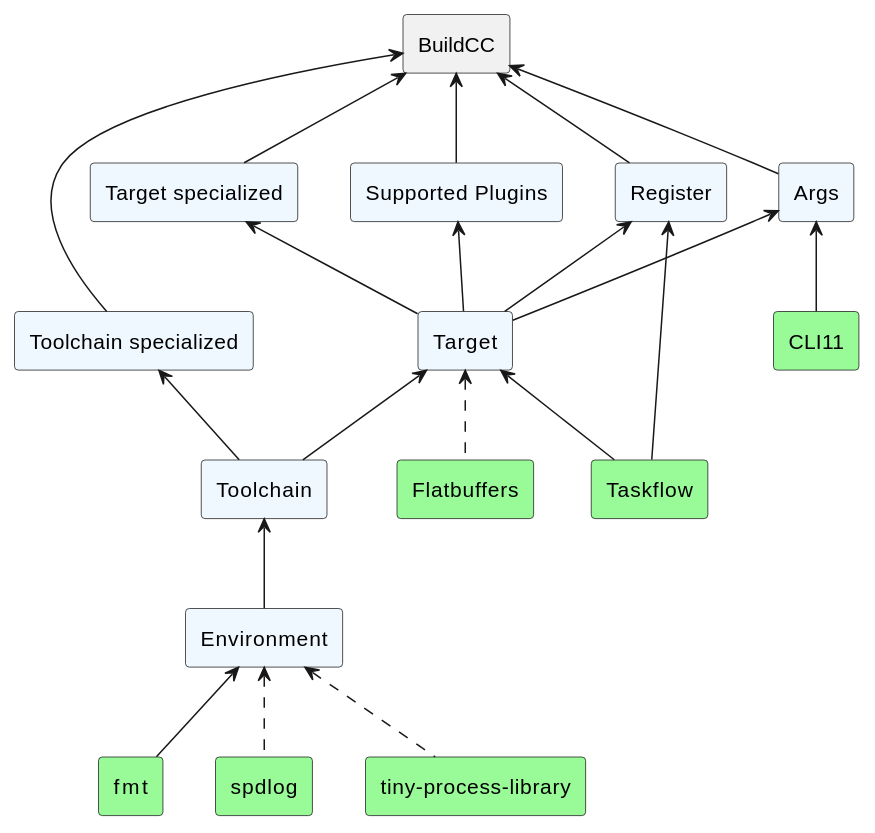
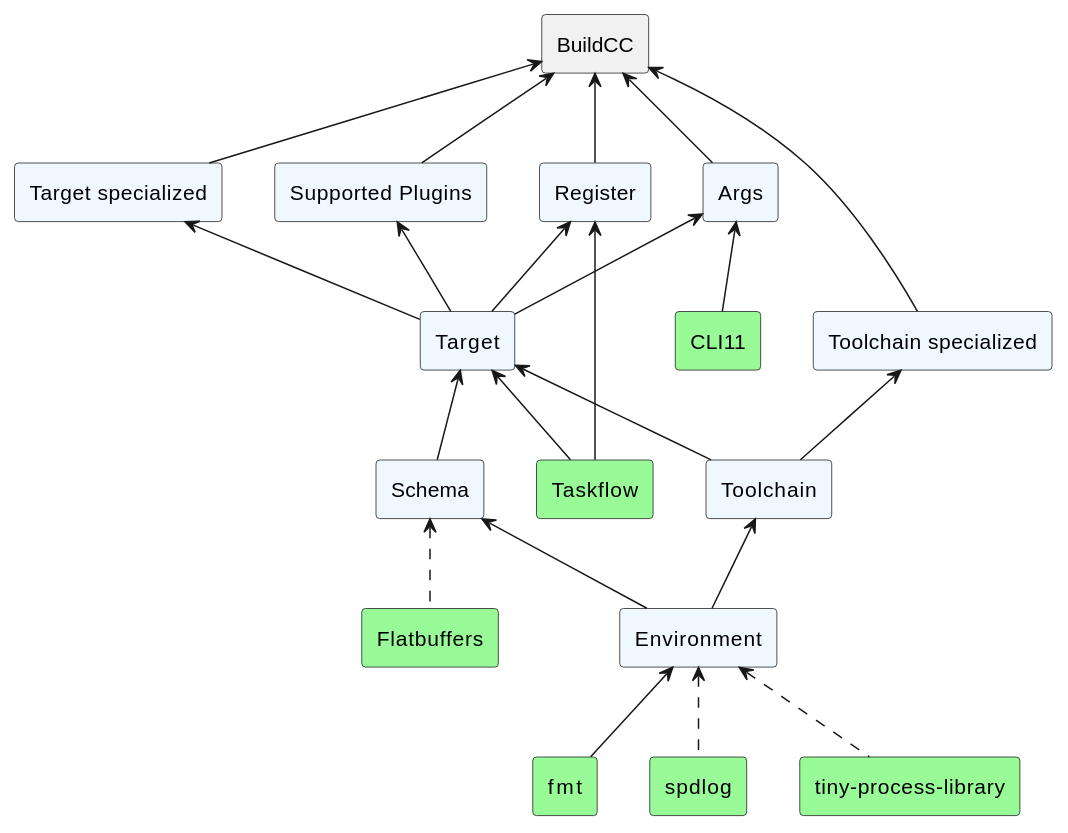
The second of 2 diagrams in docs/source/arch/software_heirarchy.rst (coder137/build_in_cpp), drawn with PlantUML before and after one commit. The commit also changed 37 other files, not shown here.

```diff
--- a/docs/source/arch/software_heirarchy.rst
+++ b/docs/source/arch/software_heirarchy.rst
@@ -40,46 +40,49 @@
 .. uml::
 
    rectangle Flatbuffers as flatbuffers #palegreen
    rectangle fmt as fmt #palegreen
    rectangle spdlog as spdlog #palegreen
    rectangle Taskflow as taskflow #palegreen
    rectangle CLI11 as cli11 #palegreen
    rectangle "tiny-process-library" as tpl #palegreen
 
    rectangle Environment as env #aliceblue
+   rectangle Schema as schema #aliceblue
    rectangle Toolchain as toolchain #aliceblue
    rectangle Target as target #aliceblue
    rectangle "Toolchain specialized" as toolchain_specialized #aliceblue
    rectangle "Target specialized" as target_specialized #aliceblue
    rectangle Args as args #aliceblue
    rectangle Register as register #aliceblue
    rectangle "Supported Plugins" as plugins #aliceblue
    rectangle BuildCC as buildcc
 
 
    fmt -up-> env
    spdlog .up.> env
    tpl .up.> env
 
-   flatbuffers .up.> target
-   taskflow -up-> target
-
    cli11 -up-> args
    taskflow -up-> register
 
+   flatbuffers .up.> schema
+
    env -up-> toolchain
+   env -up-> schema
 
+   taskflow -up-> target
+   schema -up-> target
    toolchain -up-> target
+
    toolchain -up-> toolchain_specialized
-
    target -up-> target_specialized
 
    target -up-> args
    target -up-> register
    target -up-> plugins
 
    toolchain_specialized -up-> buildcc
    target_specialized -up-> buildcc
    args -up-> buildcc
    register -up-> buildcc
    plugins -up-> buildcc
```
